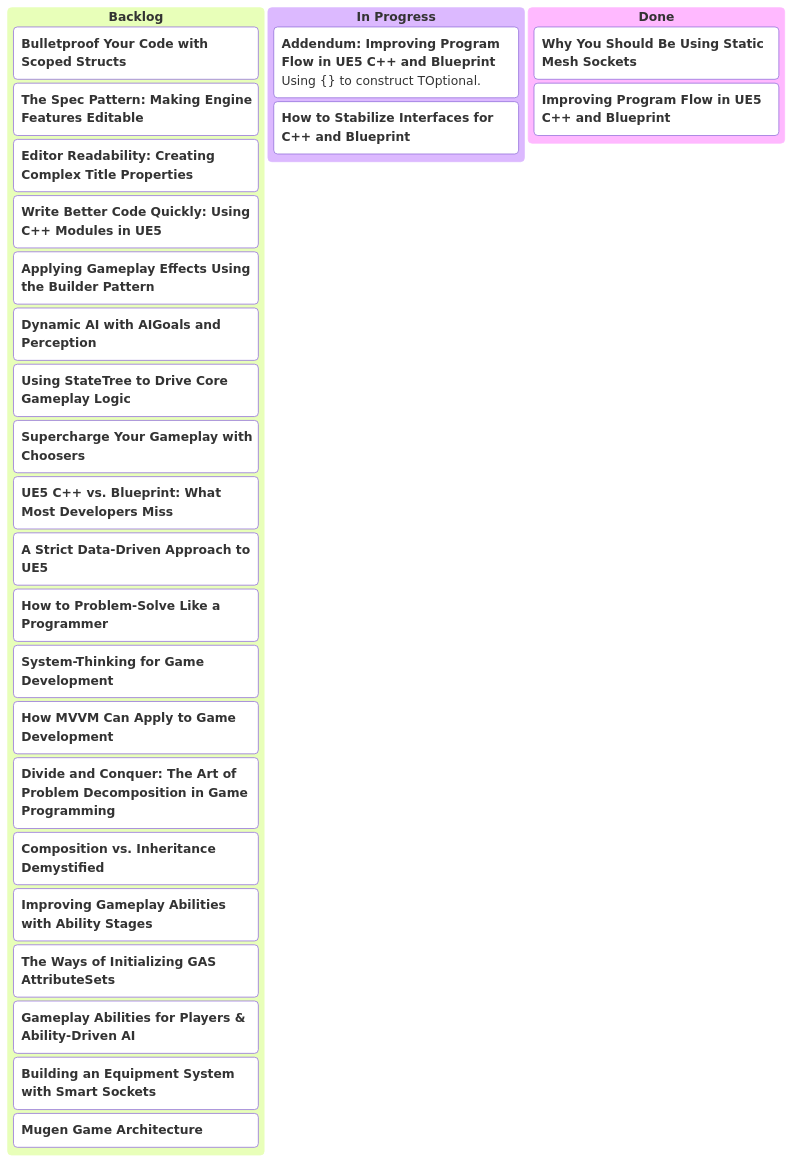
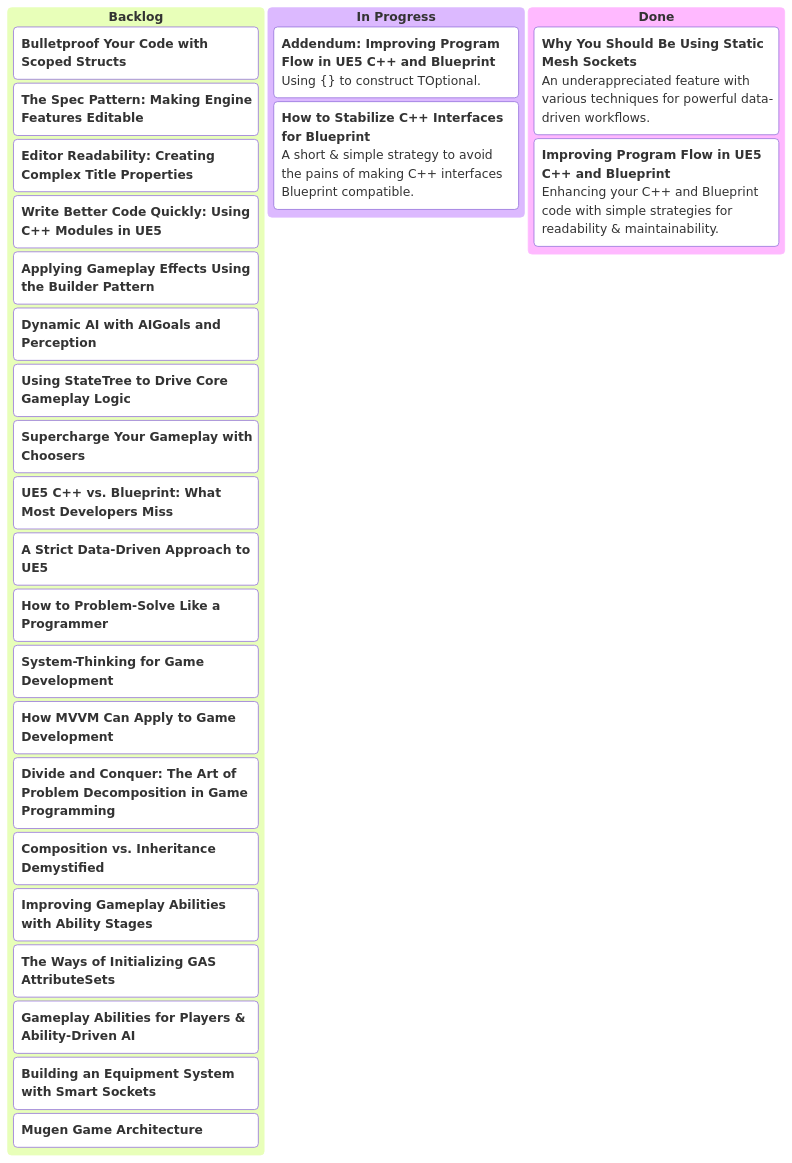
The diagram in kanban.md (mugenmelon/mugenmelon.github.io), drawn with Mermaid before and after one commit.

```diff
--- a/kanban.md
+++ b/kanban.md
@@ -8,37 +8,40 @@
 <pre class="mermaid">
 ---
 config:
     kanban:
         sectionWidth: 333
 ---
 kanban
     ["`**Backlog**`"]
         ["`**Bulletproof Your Code with Scoped Structs**`"]
         ["`**The Spec Pattern: Making Engine Features Editable**`"]
         ["`**Editor Readability: Creating Complex Title Properties**`"]
         ["`**Write Better Code Quickly: Using C++ Modules in UE5**`"]
         ["`**Applying Gameplay Effects Using the Builder Pattern**`"]
         ["`**Dynamic AI with AIGoals and Perception**`"]
         ["`**Using StateTree to Drive Core Gameplay Logic**`"]
         ["`**Supercharge Your Gameplay with Choosers**`"]
         
         ["`**UE5 C++ vs. Blueprint: What Most Developers Miss**`"]
         ["`**A Strict Data-Driven Approach to UE5**`"]
         ["`**How to Problem-Solve Like a Programmer**`"]
         ["`**System-Thinking for Game Development**`"]
         ["`**How MVVM Can Apply to Game Development**`"]
         ["`**Divide and Conquer: The Art of Problem Decomposition in Game Programming**`"]
         ["`**Composition vs. Inheritance Demystified**`"]
         ["`**Improving Gameplay Abilities with Ability Stages**`"]
         ["`**The Ways of Initializing GAS AttributeSets**`"]
         ["`**Gameplay Abilities for Players & Ability-Driven AI**`"]
         ["`**Building an Equipment System with Smart Sockets**`"]
         ["`**Mugen Game Architecture**`"]
     ["`**In Progress**`"]
         ["`**Addendum: Improving Program Flow in UE5 C++ and Blueprint**
             Using {} to construct TOptional.`"]
-        ["`**How to Stabilize Interfaces for C++ and Blueprint**`"]
+        ["`**How to Stabilize C++ Interfaces for Blueprint**
+            A short & simple strategy to avoid the pains of making C++ interfaces Blueprint compatible.`"]
     ["`**Done**`"]
-        ["`**Why You Should Be Using Static Mesh Sockets**`"]
-        ["`**Improving Program Flow in UE5 C++ and Blueprint**`"]
+        ["`**Why You Should Be Using Static Mesh Sockets**
+            An underappreciated feature with various techniques for powerful data-driven workflows.`"]
+        ["`**Improving Program Flow in UE5 C++ and Blueprint**
+            Enhancing your C++ and Blueprint code with simple strategies for readability & maintainability.`"]
 </pre>
```
